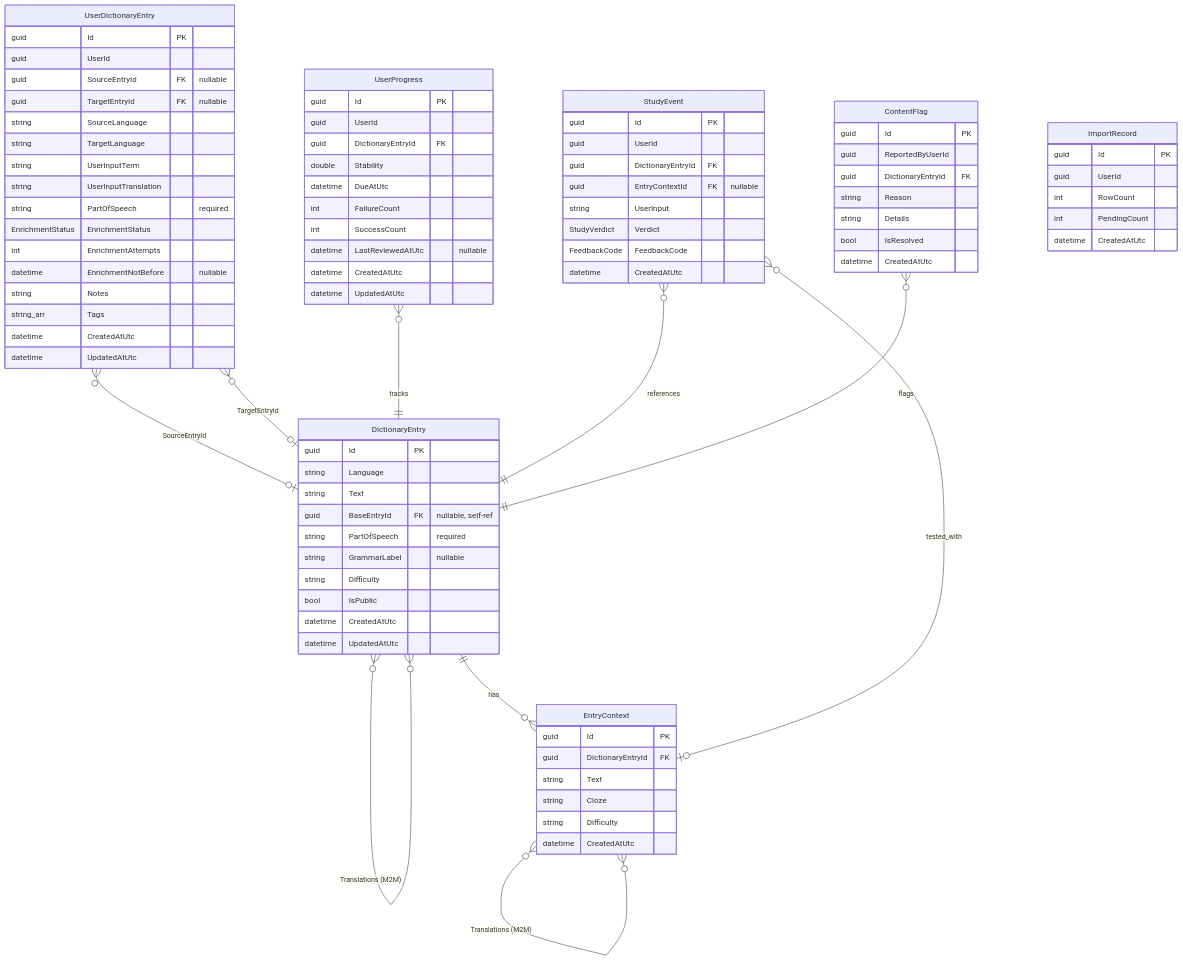
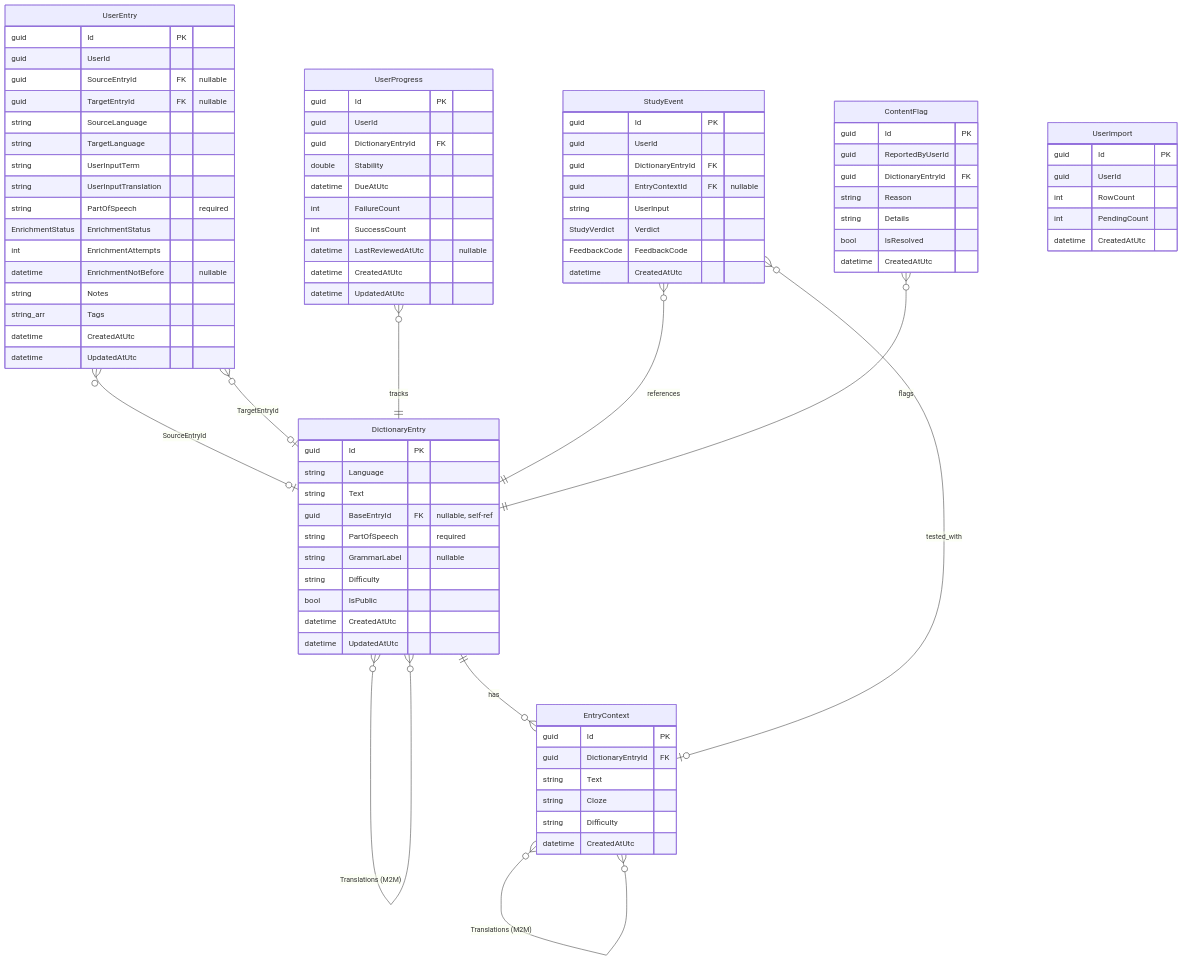
One commit to altav1sta/langoose changed the diagram in docs/domain-model.md. Above: the diagram before and after it, drawn with Mermaid. The commit also changed other lines of this file and 87 other files, not shown here.

First line of the commit message:
feat(dictionary): bulk import to import_entries with heuristic filter (#105) (#110)

```diff
--- a/docs/domain-model.md
+++ b/docs/domain-model.md
@@ -13,8 +13,8 @@
     DictionaryEntry }o--o| DictionaryEntry : "BaseEntryId (self-ref)"
     DictionaryEntry }o--o{ DictionaryEntry : "Translations (M2M)"
     EntryContext }o--o{ EntryContext : "Translations (M2M)"
-    UserDictionaryEntry }o--o| DictionaryEntry : "SourceEntryId"
-    UserDictionaryEntry }o--o| DictionaryEntry : "TargetEntryId"
+    UserEntry }o--o| DictionaryEntry : "SourceEntryId"
+    UserEntry }o--o| DictionaryEntry : "TargetEntryId"
     UserProgress }o--|| DictionaryEntry : tracks
     StudyEvent }o--|| DictionaryEntry : references
     StudyEvent }o--o| EntryContext : tested_with
@@ -42,7 +42,7 @@
         datetime CreatedAtUtc
     }
 
-    UserDictionaryEntry {
+    UserEntry {
         guid Id PK
         guid UserId
         guid SourceEntryId FK "nullable"
@@ -95,7 +95,7 @@
         datetime CreatedAtUtc
     }
 
-    ImportRecord {
+    UserImport {
         guid Id PK
         guid UserId
         int RowCount
```
